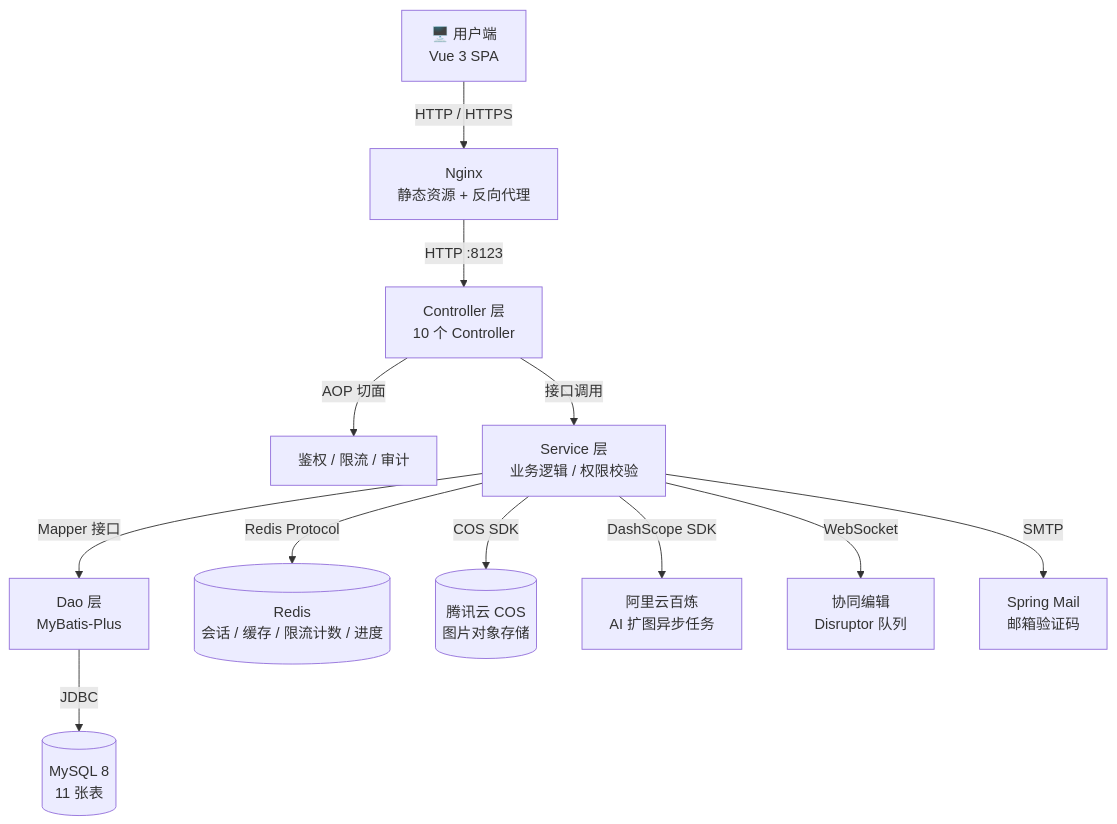
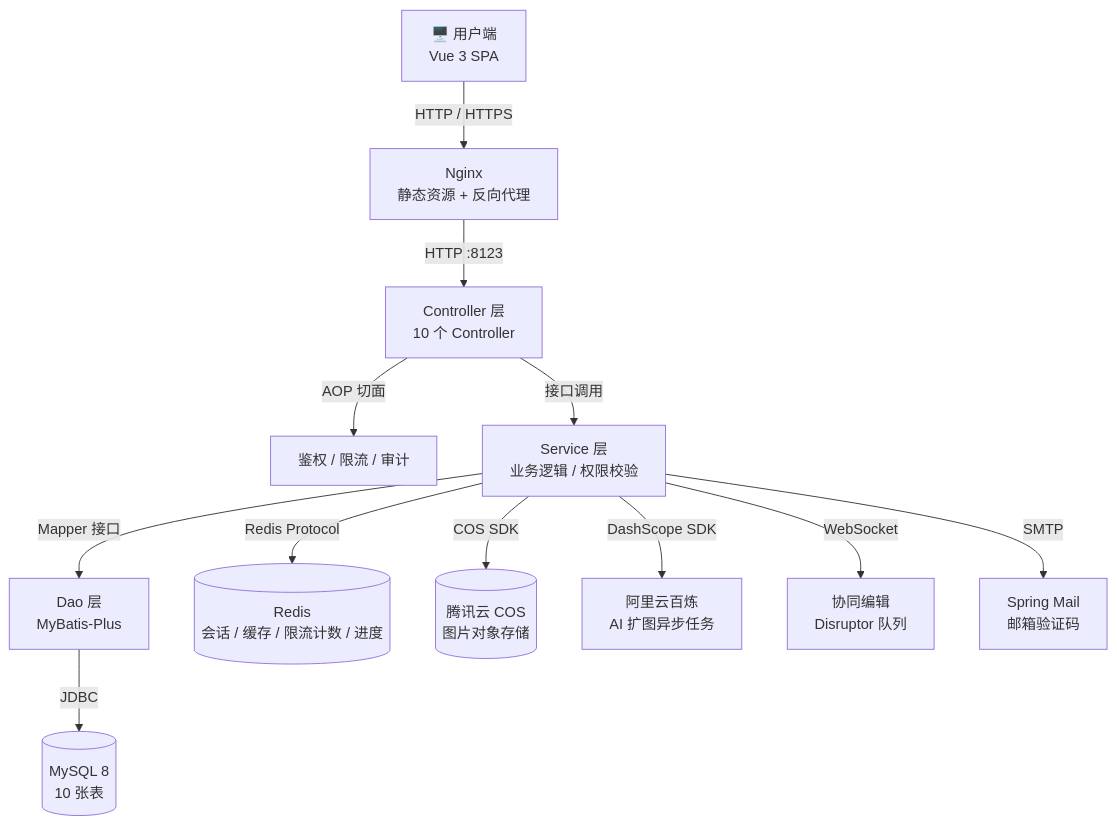
Before and after one commit to HeJiaxin-bot/visu-picture: the first of 2 diagrams in README.md, drawn with Mermaid. The commit also changed other lines of this file and 12 other files, not shown here.

````diff
--- a/README.md
+++ b/README.md
@@ -110,14 +110,14 @@
 ```mermaid
 graph TD
     U[🖥️ 用户端<br/>Vue 3 SPA] -->|HTTP / HTTPS| N[Nginx<br/>静态资源 + 反向代理]
     N -->|HTTP :8123| C[Controller 层<br/>10 个 Controller]
     C -->|AOP 切面| X[鉴权 / 限流 / 审计]
     C -->|接口调用| S[Service 层<br/>业务逻辑 / 权限校验]
     S -->|Mapper 接口| D[Dao 层<br/>MyBatis-Plus]
-    D -->|JDBC| DB[(MySQL 8<br/>11 张表)]
+    D -->|JDBC| DB[(MySQL 8<br/>10 张表)]
     S -->|Redis Protocol| R[(Redis<br/>会话 / 缓存 / 限流计数 / 进度)]
     S -->|COS SDK| O[(腾讯云 COS<br/>图片对象存储)]
     S -->|DashScope SDK| A[阿里云百炼<br/>AI 扩图异步任务]
     S -->|WebSocket| W[协同编辑<br/>Disruptor 队列]
     S -->|SMTP| M[Spring Mail<br/>邮箱验证码]
 ```
````
